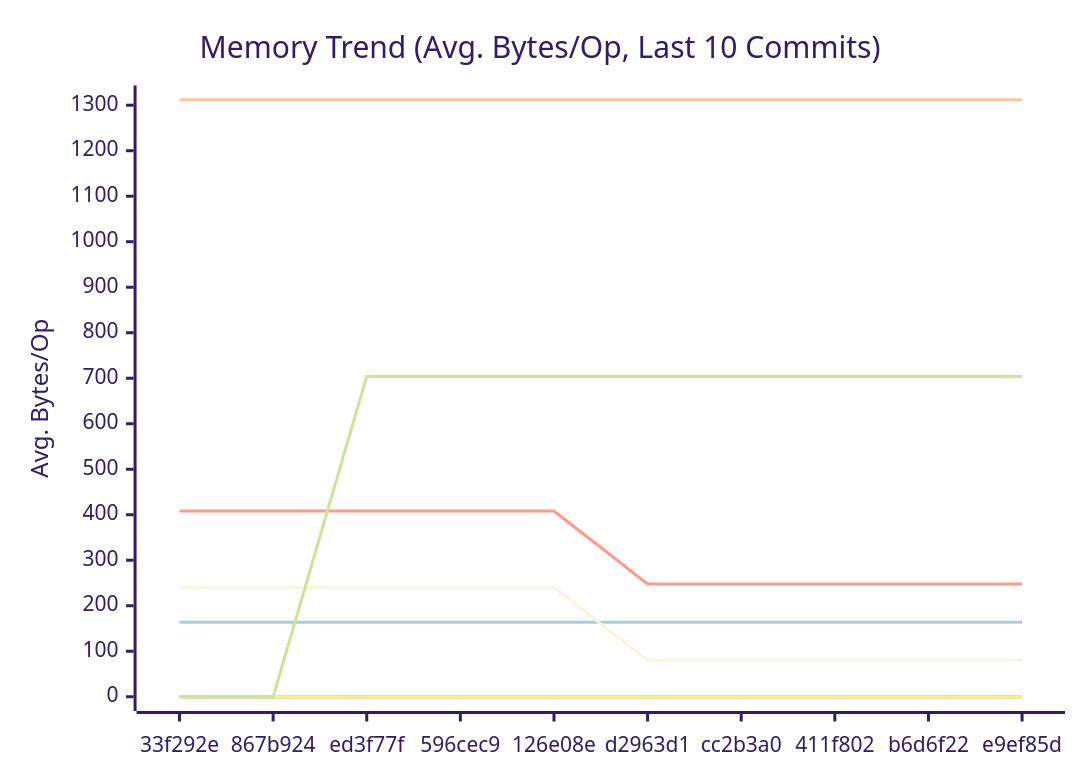
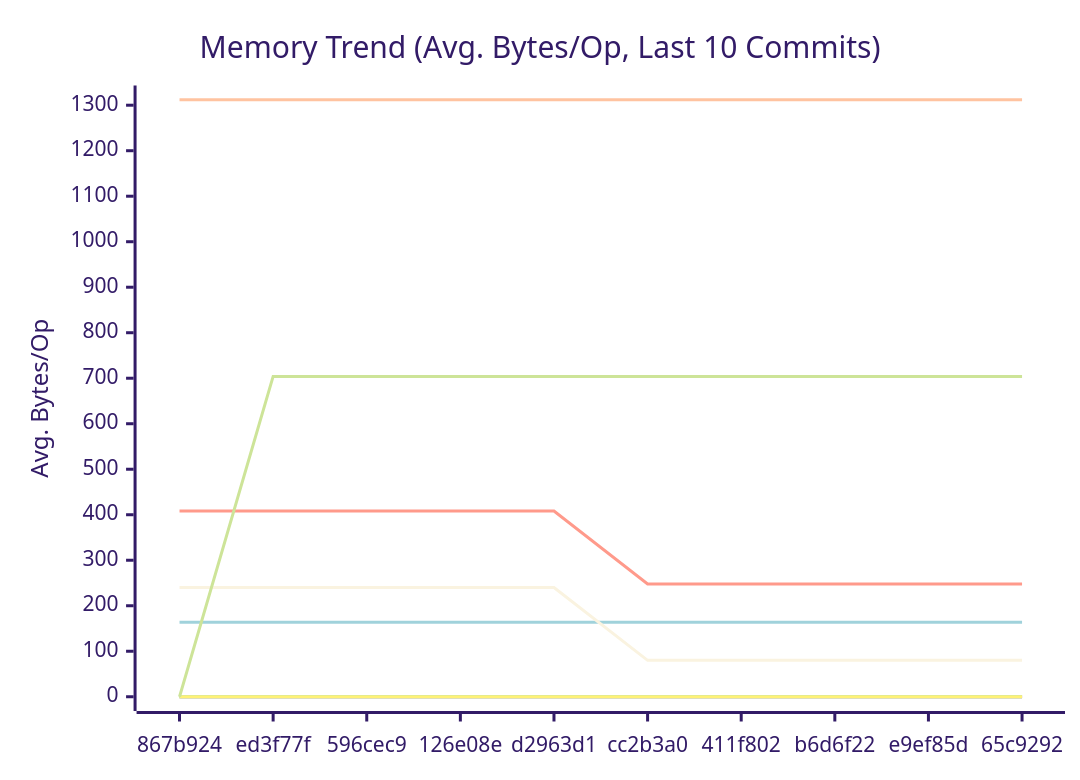
Before and after one commit to alsotoes/momo: the second of 3 diagrams in docs/PERFORMANCE.md, drawn with Mermaid (forest theme). The commit also changed other lines of this file and 2 other files, not shown here.

````diff
--- a/docs/PERFORMANCE.md
+++ b/docs/PERFORMANCE.md
@@ -152,18 +152,18 @@
 ```mermaid
 xychart-beta
     title "Memory Trend (Avg. Bytes/Op, Last 10 Commits)"
     x-axis "Commit"
     y-axis "Avg. Bytes/Op"
-    x-axis [33f292e,867b924,ed3f77f,596cec9,126e08e,d2963d1,cc2b3a0,411f802,b6d6f22,e9ef85d]
+    x-axis [867b924,ed3f77f,596cec9,126e08e,d2963d1,cc2b3a0,411f802,b6d6f22,e9ef85d,65c9292]
     line "CheckMetricsAndSwap" [0,0,0,0,0,0,0,0,0,0]
     line "CrushOptimized" [0,0,0,0,0,0,0,0,0,0]
     line "CrushOriginal" [164,164,164,164,164,164,164,164,164,164]
     line "IndexDirectTracking" [0,0,0,0,0,0,0,0,0,0]
     line "IndexSearch" [0,0,0,0,0,0,0,0,0,0]
     line "LoadGlobalConfig" [1312,1312,1312,1312,1312,1312,1312,1312,1312,1312]
     line "PadString" [0,0,0,0,0,0,0,0,0,0]
     line "ParseReplicationOrder_NoPrealloc" [408,408,408,408,408,248,248,248,248,248]
     line "ParseReplicationOrder_Prealloc" [240,240,240,240,240,80,80,80,80,80]
     line "SanitizeLog/Safe" [0,0,0,0,0,0,0,0,0,0]
-    line "SanitizeLog/Unsafe" [0,0,704,704,704,704,704,704,704,704]
+    line "SanitizeLog/Unsafe" [0,704,704,704,704,704,704,704,704,704]
 ```
````
